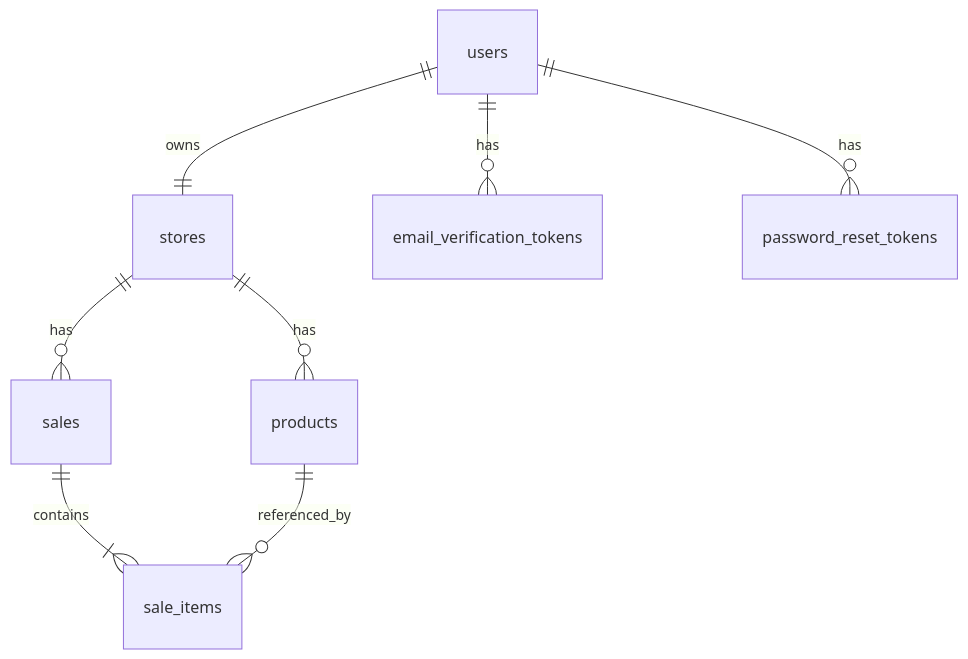
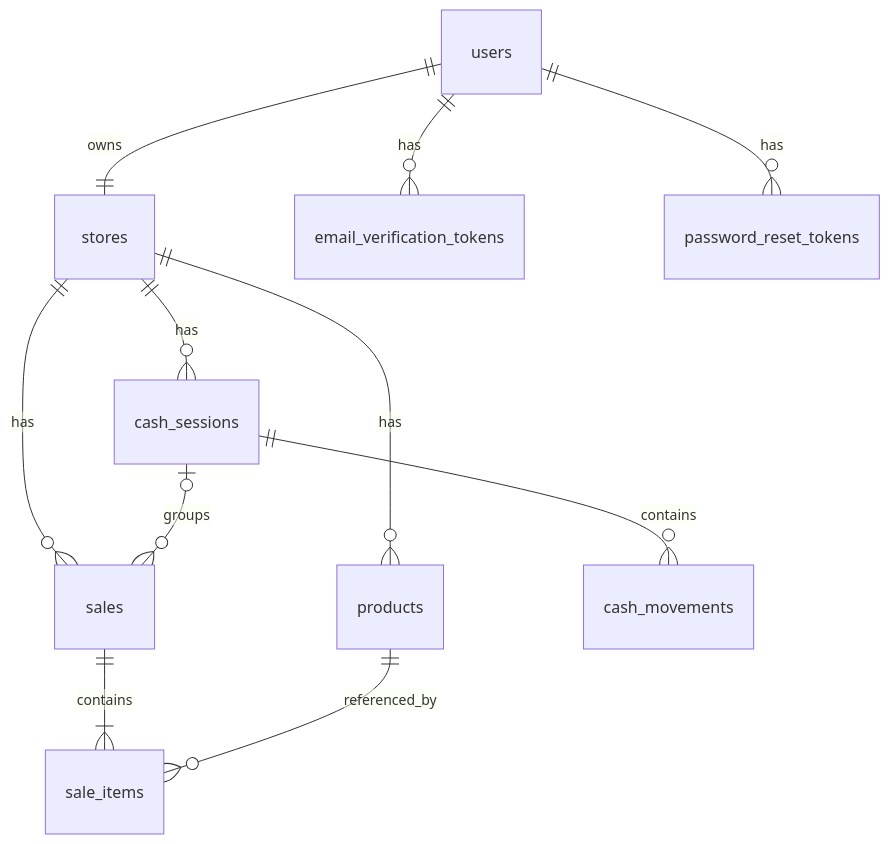
One commit to kabdoullah/pos-mobile changed the diagram in docs/data-model.md. Above: the diagram before and after it, drawn with Mermaid. The commit also changed other lines of this file and 3 other files, not shown here.

Commit message:
docs(cash): API et modèle de données des sessions de caisse

````diff
--- a/docs/data-model.md
+++ b/docs/data-model.md
@@ -216,11 +234,14 @@
 ```mermaid
 erDiagram
     users ||--|| stores : owns
     stores ||--o{ products : has
     stores ||--o{ sales : has
     sales ||--|{ sale_items : contains
     products ||--o{ sale_items : referenced_by
+    stores ||--o{ cash_sessions : has
+    cash_sessions ||--o{ cash_movements : contains
+    cash_sessions |o--o{ sales : groups
 
     users ||--o{ email_verification_tokens : has
     users ||--o{ password_reset_tokens : has
 ```
````
